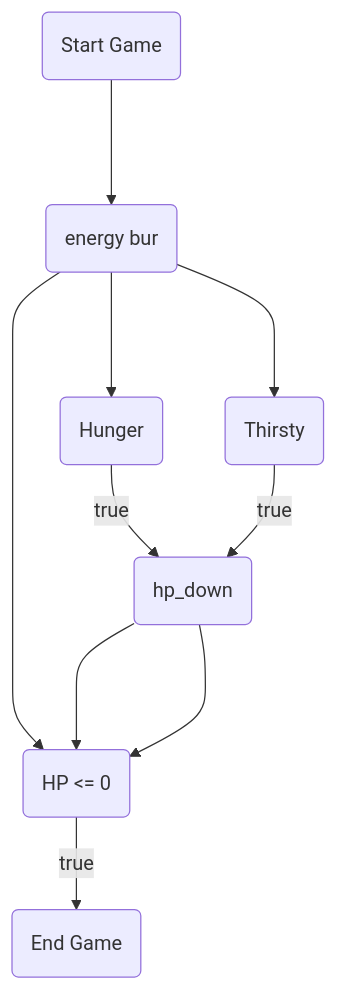
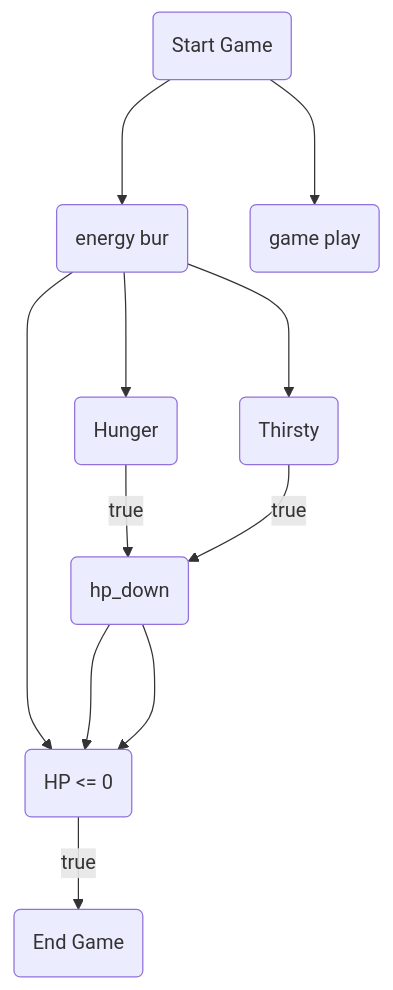
One commit to SSProgamer/C-Project changed the diagram in need me.md. Above: the diagram before and after it, drawn with Mermaid.

Commit message:
Update need me.md

````diff
--- a/need me.md
+++ b/need me.md
@@ -35,7 +35,8 @@
 ```mermaid
 flowchart TD
 start(Start Game) ---> stack(energy bur) --->hp
+start(Start Game) ---> ingame(game play)
 stack(energy bur) --->Hunger(Hunger) --true--> hp_down(hp_down) ---> hp
 stack(energy bur) --->Thirsty(Thirsty) --true--> hp_down(hp_down) ---> hp
 hp(HP <= 0) --true--> e(End Game)
 ```
````
